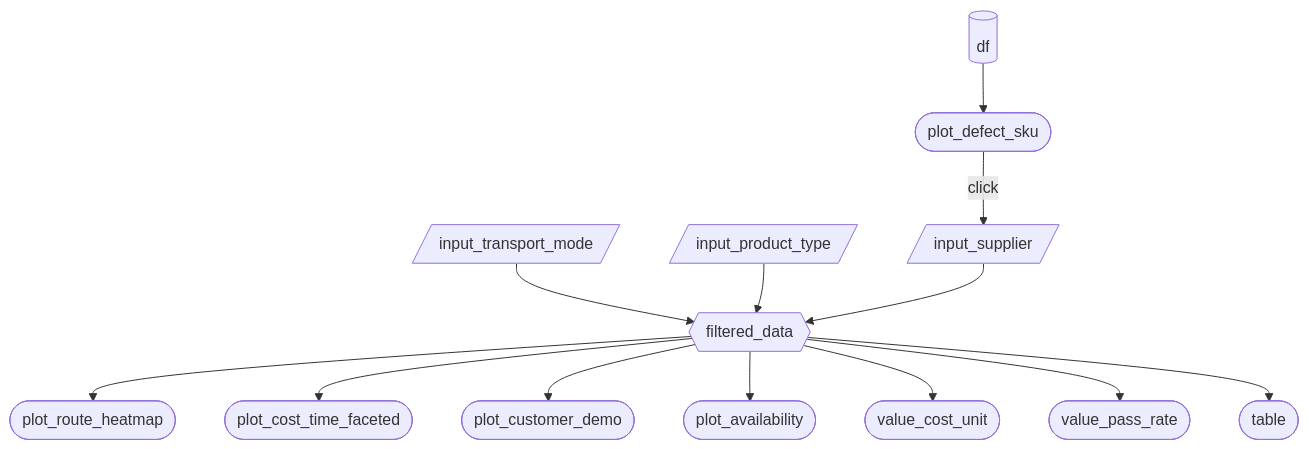
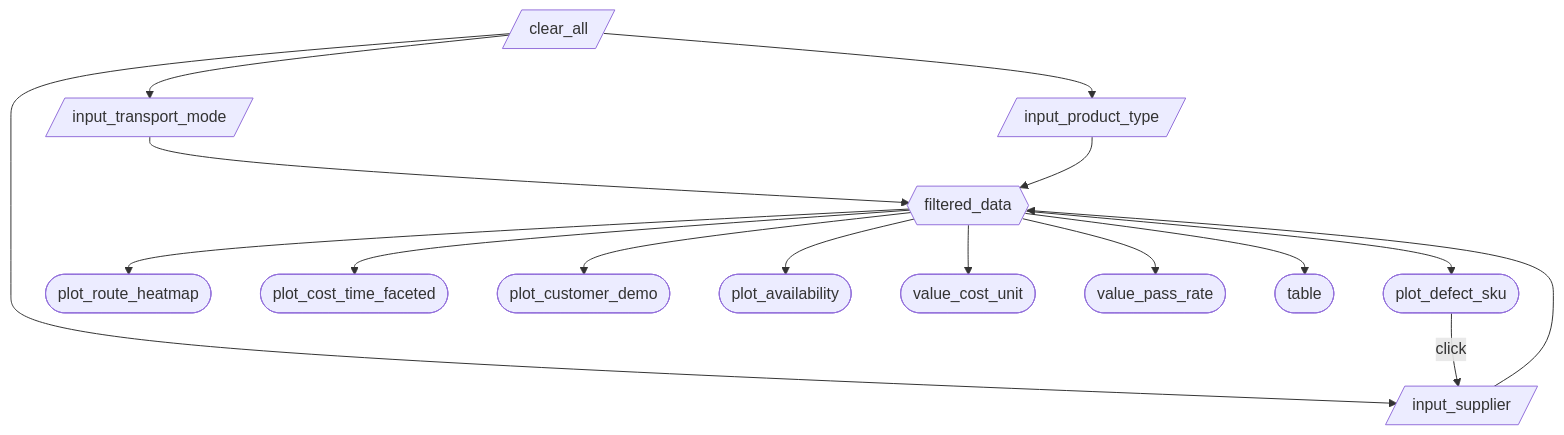
One commit to UBC-MDS/DSCI-532_2026_27_Supply_Chain_Dashboard changed the first of 2 diagrams in reports/m2_spec.md. Above: the diagram before and after it, drawn with Mermaid. The commit also changed other lines of this file, not shown here.

````diff
--- a/reports/m2_spec.md
+++ b/reports/m2_spec.md
@@ -70,16 +71,19 @@
 ```mermaid
 flowchart TD
     A[/input_transport_mode/] --> F{{filtered_data}}
     B[/input_product_type/] --> F
     C[/input_supplier/] --> F
-    DF[(df)] --> P3([plot_defect_sku])
+    RST[/clear_all/] --> A
+    RST --> B
+    RST --> C
+    F --> P3([plot_defect_sku])
     P3 --> |click| C
 
     F --> P1([plot_route_heatmap])
     F --> P2([plot_cost_time_faceted])
     F --> P4([plot_customer_demo])
     F --> P5([plot_availability])
     F --> V1([value_cost_unit])
     F --> V2([value_pass_rate])
     F --> T([table])
 ```
````
